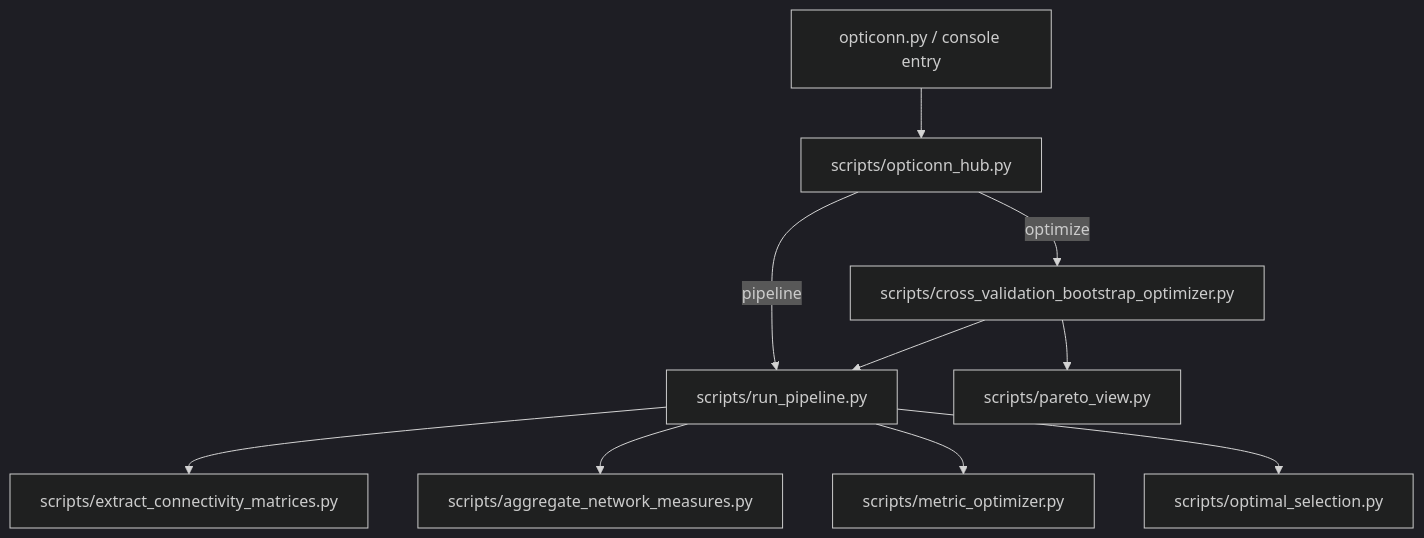
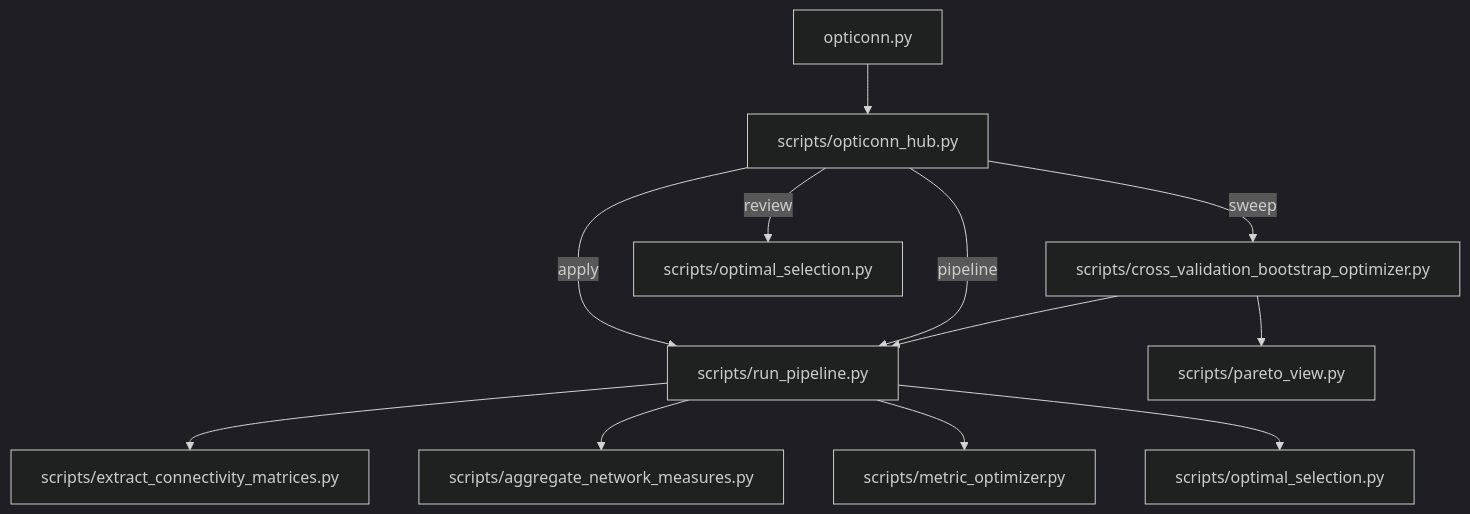
The diagram in README.md (MRI-Lab-Graz/opticonn), drawn with Mermaid (dark theme) before and after one commit. The commit also changed other lines of this file and 2 other files, not shown here.

````diff
--- a/README.md
+++ b/README.md
@@ -213,12 +436,14 @@
 ```mermaid
 graph TD
-    A[opticonn.py / console entry] --> B[scripts/opticonn_hub.py]
-    B -->|pipeline| C[scripts/run_pipeline.py]
-    B -->|optimize| H[scripts/cross_validation_bootstrap_optimizer.py]
+    A[opticonn.py] --> B[scripts/opticonn_hub.py]
+    B -->|sweep| H[scripts/cross_validation_bootstrap_optimizer.py]
+    B -->|review| I[scripts/optimal_selection.py]
+    B -->|apply| C[scripts/run_pipeline.py]
+    B -->|pipeline| C
     C --> D[scripts/extract_connectivity_matrices.py]
     C --> E[scripts/aggregate_network_measures.py]
     C --> F[scripts/metric_optimizer.py]
     C --> G[scripts/optimal_selection.py]
     H --> C
-   H --> I[scripts/pareto_view.py]
+    H --> J[scripts/pareto_view.py]
 ```
````
